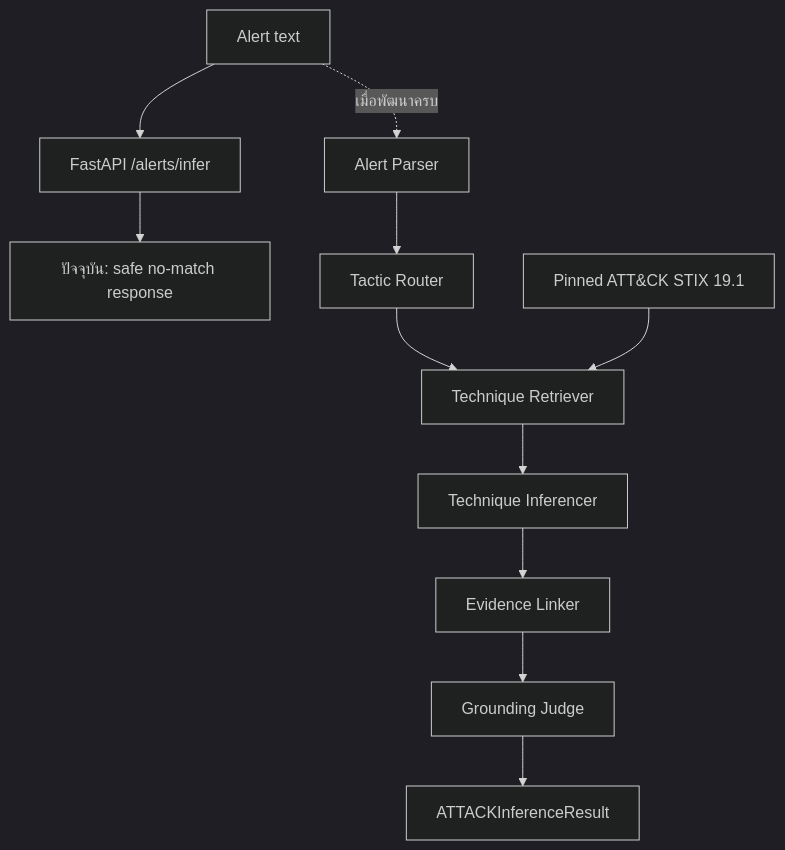
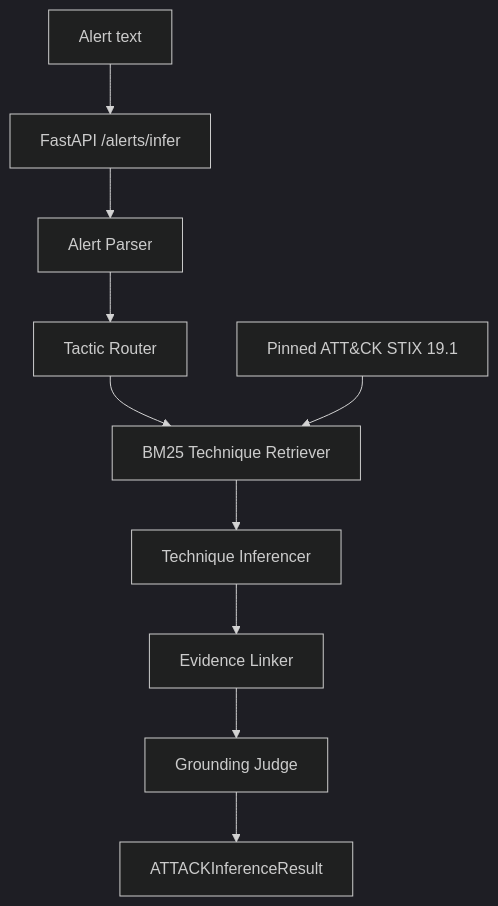
One commit to mai23133/Security-Alert changed the diagram in docs/PROJECT_READING_GUIDE_TH.md. Above: the diagram before and after it, drawn with Mermaid (dark theme). The commit also changed other lines of this file and 8 other files, not shown here.

````diff
--- a/docs/PROJECT_READING_GUIDE_TH.md
+++ b/docs/PROJECT_READING_GUIDE_TH.md
@@ -99,14 +100,12 @@
 ```mermaid
 flowchart TD
     A["Alert text"] --> B["FastAPI /alerts/infer"]
-    B --> C["ปัจจุบัน: safe no-match response"]
-
-    A -. "เมื่อพัฒนาครบ" .-> D["Alert Parser"]
+    B --> D["Alert Parser"]
     D --> E["Tactic Router"]
-    E --> F["Technique Retriever"]
+    E --> F["BM25 Technique Retriever"]
     G["Pinned ATT&CK STIX 19.1"] --> F
     F --> H["Technique Inferencer"]
     H --> I["Evidence Linker"]
     I --> J["Grounding Judge"]
     J --> K["ATTACKInferenceResult"]
 ```
````
